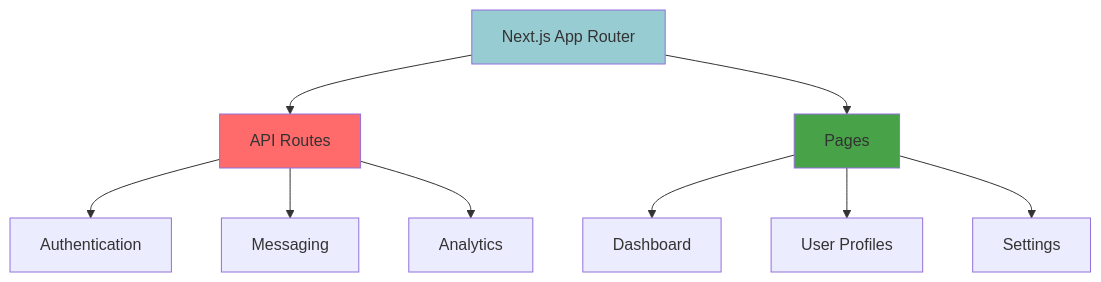
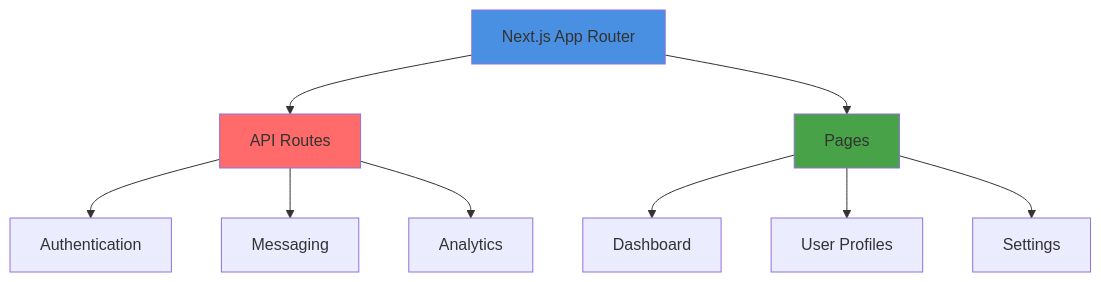
The diagram in README.md (axadishaq/Whisper-Box), drawn with Mermaid before and after one commit.

Commit message:
docs: completely revamp README with some correction

````diff
--- a/README.md
+++ b/README.md
@@ -79,15 +79,15 @@
 ```mermaid
 graph TD
     A[Next.js App Router] --> B[API Routes]
     A --> C[Pages]
     B --> D[Authentication]
     B --> E[Messaging]
     B --> F[Analytics]
     C --> G[Dashboard]
     C --> H[User Profiles]
     C --> I[Settings]
     
-    style A fill:#98CCD3
+    style A fill:#4A90E2 
     style B fill:#FF6B6B
     style C fill:#47A248
 ```
````
